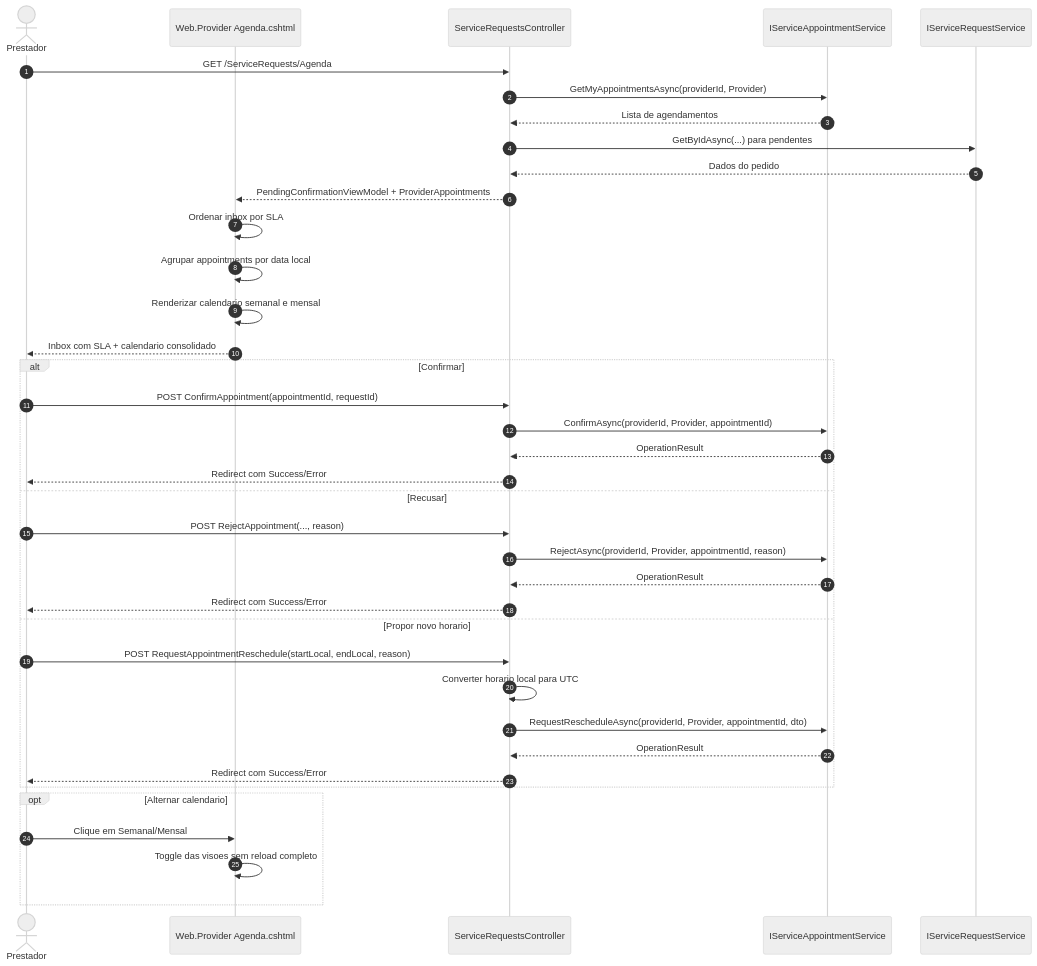
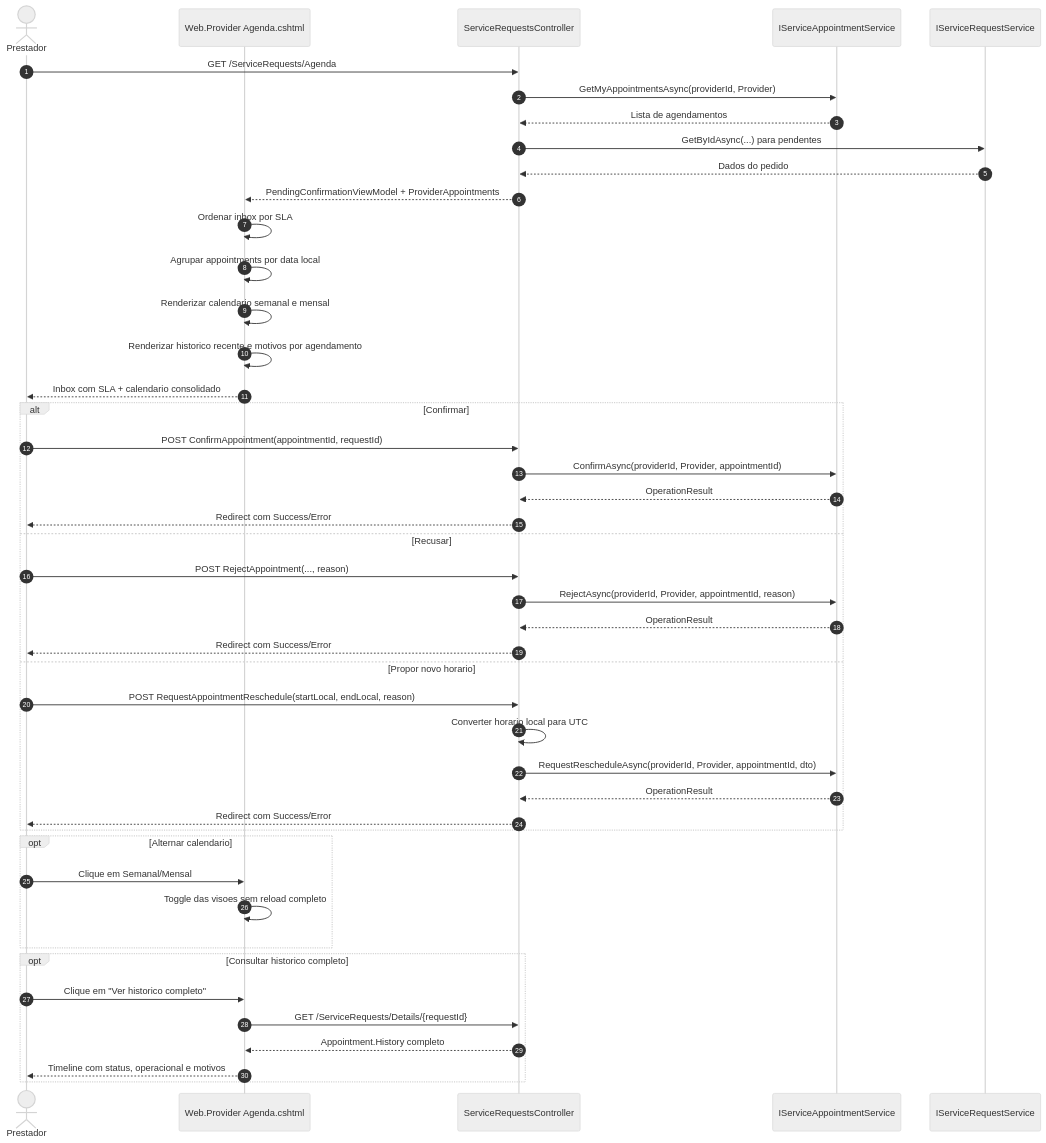
Before and after one commit to leonardomendes201704/ConsertaPraMim: the diagram in Documentacao/DIAGRAMAS/AGENDA_SERVICOS_JANELAS_LEMBRETES/ST-007-ui-prestador-gestao-agenda-operacao/sequencia-inbox-sla-acoes-rapidas.mmd, drawn with Mermaid (neutral theme). The commit also changed 6 other files, not shown here.

Commit message:
feat(provider): show appointment history and change reasons

```diff
--- a/Documentacao/DIAGRAMAS/AGENDA_SERVICOS_JANELAS_LEMBRETES/ST-007-ui-prestador-gestao-agenda-operacao/sequencia-inbox-sla-acoes-rapidas.mmd
+++ b/Documentacao/DIAGRAMAS/AGENDA_SERVICOS_JANELAS_LEMBRETES/ST-007-ui-prestador-gestao-agenda-operacao/sequencia-inbox-sla-acoes-rapidas.mmd
@@ -1,41 +1,49 @@
 sequenceDiagram
     autonumber
     actor Prestador
     participant UI as Web.Provider Agenda.cshtml
     participant Controller as ServiceRequestsController
     participant ApptSvc as IServiceAppointmentService
     participant RequestSvc as IServiceRequestService
 
     Prestador->>Controller: GET /ServiceRequests/Agenda
     Controller->>ApptSvc: GetMyAppointmentsAsync(providerId, Provider)
     ApptSvc-->>Controller: Lista de agendamentos
     Controller->>RequestSvc: GetByIdAsync(...) para pendentes
     RequestSvc-->>Controller: Dados do pedido
     Controller-->>UI: PendingConfirmationViewModel + ProviderAppointments
     UI->>UI: Ordenar inbox por SLA
     UI->>UI: Agrupar appointments por data local
     UI->>UI: Renderizar calendario semanal e mensal
+    UI->>UI: Renderizar historico recente e motivos por agendamento
     UI-->>Prestador: Inbox com SLA + calendario consolidado
 
     alt Confirmar
         Prestador->>Controller: POST ConfirmAppointment(appointmentId, requestId)
         Controller->>ApptSvc: ConfirmAsync(providerId, Provider, appointmentId)
         ApptSvc-->>Controller: OperationResult
         Controller-->>Prestador: Redirect com Success/Error
     else Recusar
         Prestador->>Controller: POST RejectAppointment(..., reason)
         Controller->>ApptSvc: RejectAsync(providerId, Provider, appointmentId, reason)
         ApptSvc-->>Controller: OperationResult
         Controller-->>Prestador: Redirect com Success/Error
     else Propor novo horario
         Prestador->>Controller: POST RequestAppointmentReschedule(startLocal, endLocal, reason)
         Controller->>Controller: Converter horario local para UTC
         Controller->>ApptSvc: RequestRescheduleAsync(providerId, Provider, appointmentId, dto)
         ApptSvc-->>Controller: OperationResult
         Controller-->>Prestador: Redirect com Success/Error
     end
 
     opt Alternar calendario
         Prestador->>UI: Clique em Semanal/Mensal
         UI->>UI: Toggle das visoes sem reload completo
     end
+
+    opt Consultar historico completo
+        Prestador->>UI: Clique em "Ver historico completo"
+        UI->>Controller: GET /ServiceRequests/Details/{requestId}
+        Controller-->>UI: Appointment.History completo
+        UI-->>Prestador: Timeline com status, operacional e motivos
+    end
```
